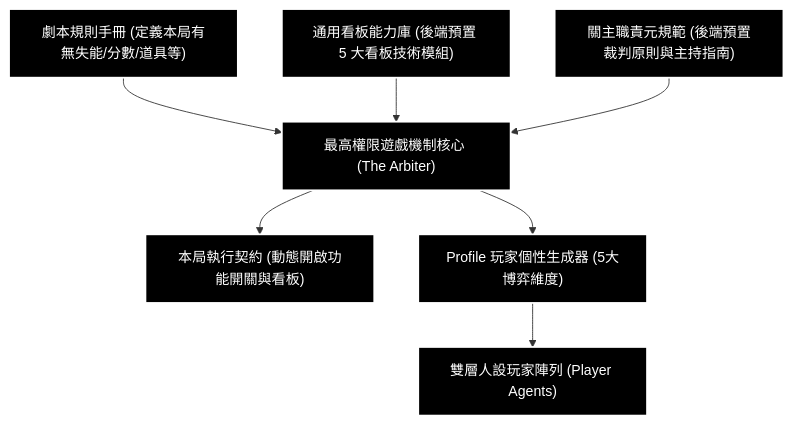
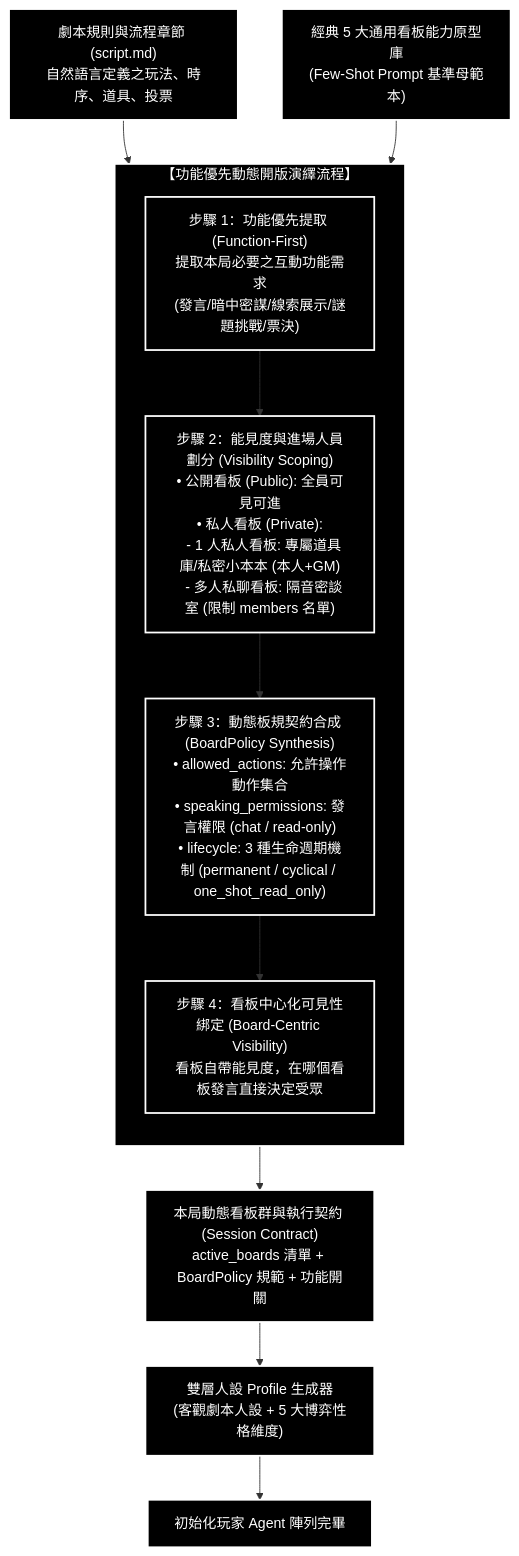
One commit to yin1120/MiroFish-1 changed the third of 8 diagrams in docs/WORKFLOW_FLOWCHART.md. Above: the diagram before and after it, drawn with Mermaid. The commit also changed other lines of this file and 4 other files, not shown here.

Commit message:
流程圖更新

````diff
--- a/docs/WORKFLOW_FLOWCHART.md
+++ b/docs/WORKFLOW_FLOWCHART.md
@@ -106,37 +135,48 @@
 ```mermaid
 %%{init: {
   'theme': 'base',
   'themeVariables': {
     'background': '#000000',
     'primaryColor': '#000000',
     'primaryTextColor': '#ffffff',
     'primaryBorderColor': '#ffffff',
     'lineColor': '#ffffff',
-    'fontSize': '20px',
+    'fontSize': '18px',
     'fontFamily': '"Fira Code", consolas, "Microsoft JhengHei", "Noto Sans TC", sans-serif'
   }
 }}%%
 flowchart TD
-    Script_Rules["劇本規則手冊 (定義本局有無失能/分數/道具等)"]
-    Board_Lib["通用看板能力庫 (後端預置 5 大看板技術模組)"]
-    GM_Prompt["關主職責元規範 (後端預置裁判原則與主持指南)"]
-    Mechanism_Core["最高權限遊戲機制核心 (The Arbiter)"]
-    Session_Contract["本局執行契約 (動態開啟功能開關與看板)"]
-    Profile_Gen["Profile 玩家個性生成器 (5大博弈維度)"]
-    Player_Agents["雙層人設玩家陣列 (Player Agents)"]
+    Script_Rules["劇本規則與流程章節 (script.md)<br/>自然語言定義之玩法、時序、道具、投票"]
+    Five_Archetypes["經典 5 大通用看板能力原型庫<br/>(Few-Shot Prompt 基準母範本)"]
 
-    Script_Rules --> Mechanism_Core
-    Board_Lib --> Mechanism_Core
-    GM_Prompt --> Mechanism_Core
-    Mechanism_Core --> Session_Contract
-    Mechanism_Core --> Profile_Gen
-    Profile_Gen --> Player_Agents
+    subgraph Function_First_Deduction["【功能優先動態開版演繹流程】"]
+        direction TB
+        Step1_Func["步驟 1：功能優先提取 (Function-First)<br/>提取本局必要之互動功能需求<br/>(發言/暗中密謀/線索展示/謎題挑戰/票決)"]
+        Step2_Visibility["步驟 2：能見度與進場人員劃分 (Visibility Scoping)<br/>• 公開看板 (Public): 全員可見可進<br/>• 私人看板 (Private):<br/>  - 1 人私人看板: 專屬道具庫/私密小本本 (本人+GM)<br/>  - 多人私聊看板: 隔音密談室 (限制 members 名單)"]
+        Step3_Policy["步驟 3：動態板規契約合成 (BoardPolicy Synthesis)<br/>• allowed_actions: 允許操作動作集合<br/>• speaking_permissions: 發言權限 (chat / read-only)<br/>• lifecycle: 3 種生命週期機制 (permanent / cyclical / one_shot_read_only)"]
+        Step4_Centric["步驟 4：看板中心化可見性綁定 (Board-Centric Visibility)<br/>看板自帶能見度，在哪個看板發言直接決定受眾"]
+
+        Step1_Func --> Step2_Visibility --> Step3_Policy --> Step4_Centric
+    end
+
+    Contract_Output["本局動態看板群與執行契約 (Session Contract)<br/>active_boards 清單 + BoardPolicy 規範 + 功能開關"]
+    Profile_Gen["雙層人設 Profile 生成器<br/>(客觀劇本人設 + 5 大博弈性格維度)"]
+    Agents_Ready["初始化玩家 Agent 陣列完畢"]
+
+    Script_Rules --> Function_First_Deduction
+    Five_Archetypes --> Function_First_Deduction
+    Function_First_Deduction --> Contract_Output
+    Contract_Output --> Profile_Gen
+    Profile_Gen --> Agents_Ready
 
     style Script_Rules fill:#000000,stroke:#ffffff,stroke-width:2px,color:#ffffff
-    style Board_Lib fill:#000000,stroke:#ffffff,stroke-width:2px,color:#ffffff
-    style GM_Prompt fill:#000000,stroke:#ffffff,stroke-width:2px,color:#ffffff
-    style Mechanism_Core fill:#000000,stroke:#ffffff,stroke-width:2px,color:#ffffff
-    style Session_Contract fill:#000000,stroke:#ffffff,stroke-width:2px,color:#ffffff
+    style Five_Archetypes fill:#000000,stroke:#ffffff,stroke-width:2px,color:#ffffff
+    style Function_First_Deduction fill:#000000,stroke:#ffffff,stroke-width:2px,color:#ffffff
+    style Step1_Func fill:#000000,stroke:#ffffff,stroke-width:2px,color:#ffffff
+    style Step2_Visibility fill:#000000,stroke:#ffffff,stroke-width:2px,color:#ffffff
+    style Step3_Policy fill:#000000,stroke:#ffffff,stroke-width:2px,color:#ffffff
+    style Step4_Centric fill:#000000,stroke:#ffffff,stroke-width:2px,color:#ffffff
+    style Contract_Output fill:#000000,stroke:#ffffff,stroke-width:2px,color:#ffffff
     style Profile_Gen fill:#000000,stroke:#ffffff,stroke-width:2px,color:#ffffff
-    style Player_Agents fill:#000000,stroke:#ffffff,stroke-width:2px,color:#ffffff
+    style Agents_Ready fill:#000000,stroke:#ffffff,stroke-width:2px,color:#ffffff
 ```
````
